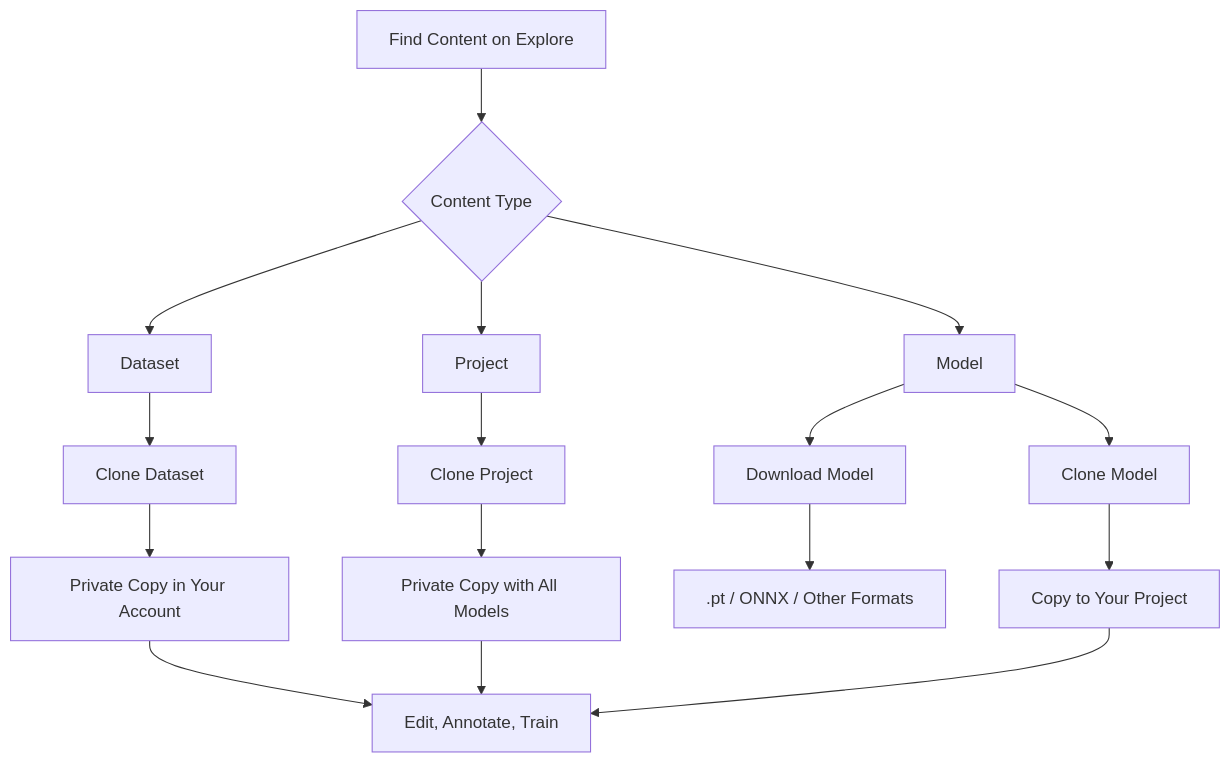
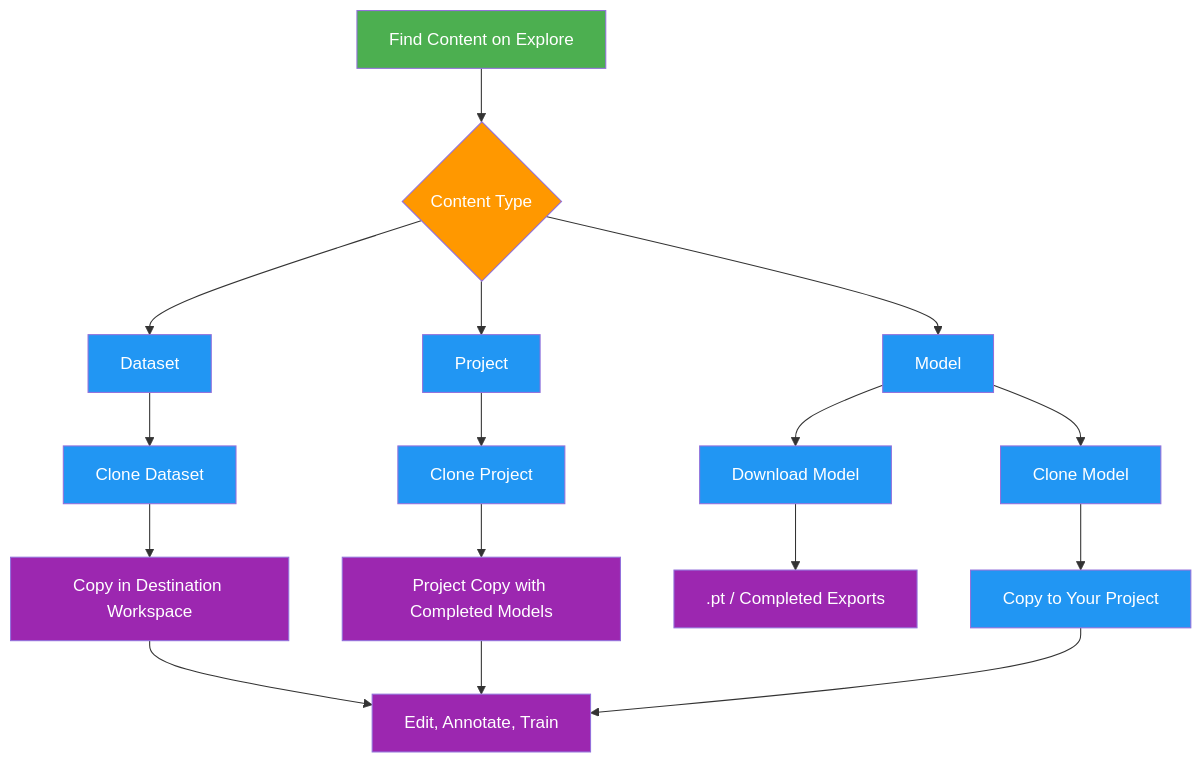
Before and after one commit to TEXTaiLES/AmalthAI: the second of 3 diagrams in Backend/ObjectDetection/ultralytics/docs/en/platform/explore.md, drawn with Mermaid. The commit also changed other lines of this file and 943 other files, not shown here.

````diff
--- a/Backend/ObjectDetection/ultralytics/docs/en/platform/explore.md
+++ b/Backend/ObjectDetection/ultralytics/docs/en/platform/explore.md
@@ -112,18 +106,23 @@
 ```mermaid
 graph TD
-    A[Find Content on Explore] --> B{Content Type}
-    B --> C[Dataset]
-    B --> D[Project]
-    B --> E[Model]
-    C --> F[Clone Dataset]
-    D --> G[Clone Project]
-    E --> H[Download Model]
-    E --> I[Clone Model]
-    F --> J[Private Copy in Your Account]
-    G --> K[Private Copy with All Models]
-    H --> L[.pt / ONNX / Other Formats]
-    I --> M[Copy to Your Project]
-    J --> N[Edit, Annotate, Train]
+    A[Find Content on Explore]:::start --> B{Content Type}:::decide
+    B --> C[Dataset]:::proc
+    B --> D[Project]:::proc
+    B --> E[Model]:::proc
+    C --> F[Clone Dataset]:::proc
+    D --> G[Clone Project]:::proc
+    E --> H[Download Model]:::proc
+    E --> I[Clone Model]:::proc
+    F --> J[Copy in Destination Workspace]:::out
+    G --> K[Project Copy with Completed Models]:::out
+    H --> L[.pt / Completed Exports]:::out
+    I --> M[Copy to Your Project]:::proc
+    J --> N[Edit, Annotate, Train]:::out
     K --> N
     M --> N
+
+    classDef start fill:#4CAF50,color:#fff
+    classDef proc fill:#2196F3,color:#fff
+    classDef decide fill:#FF9800,color:#fff
+    classDef out fill:#9C27B0,color:#fff
 ```
````
